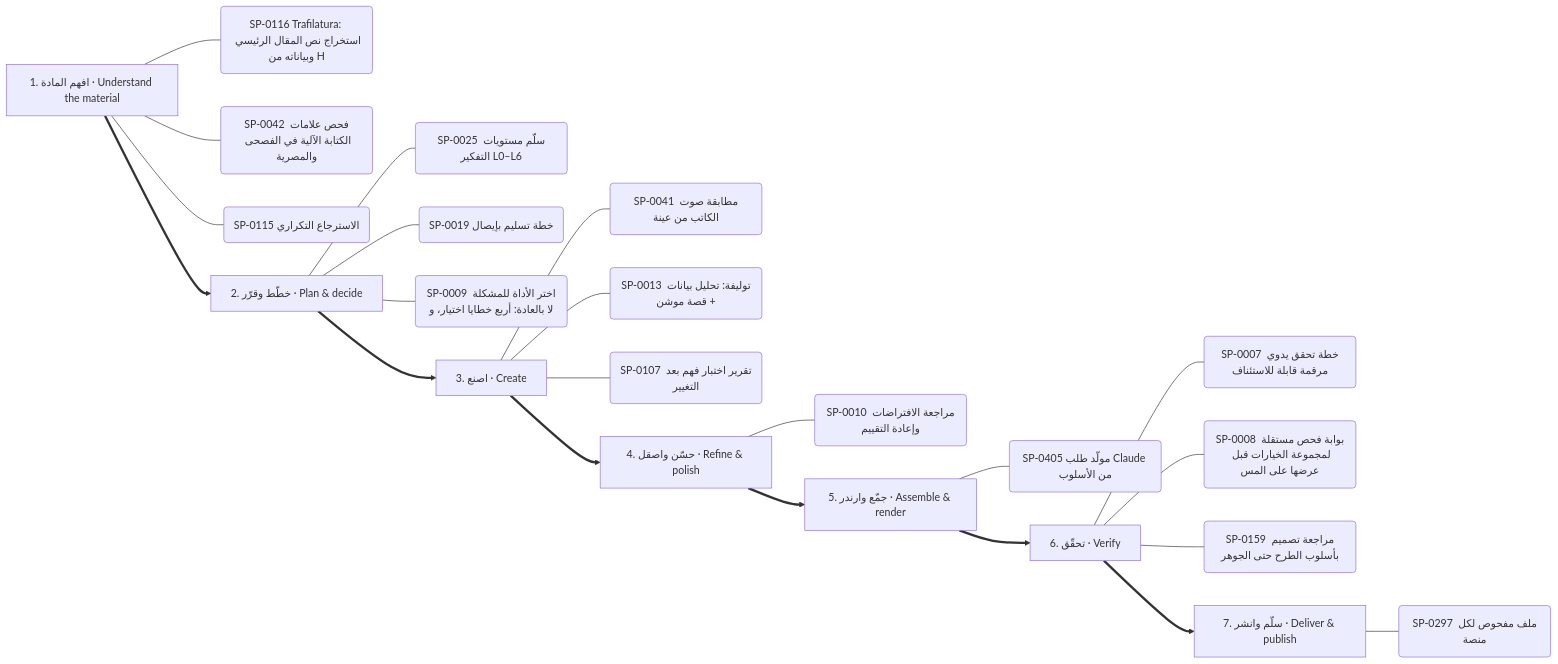
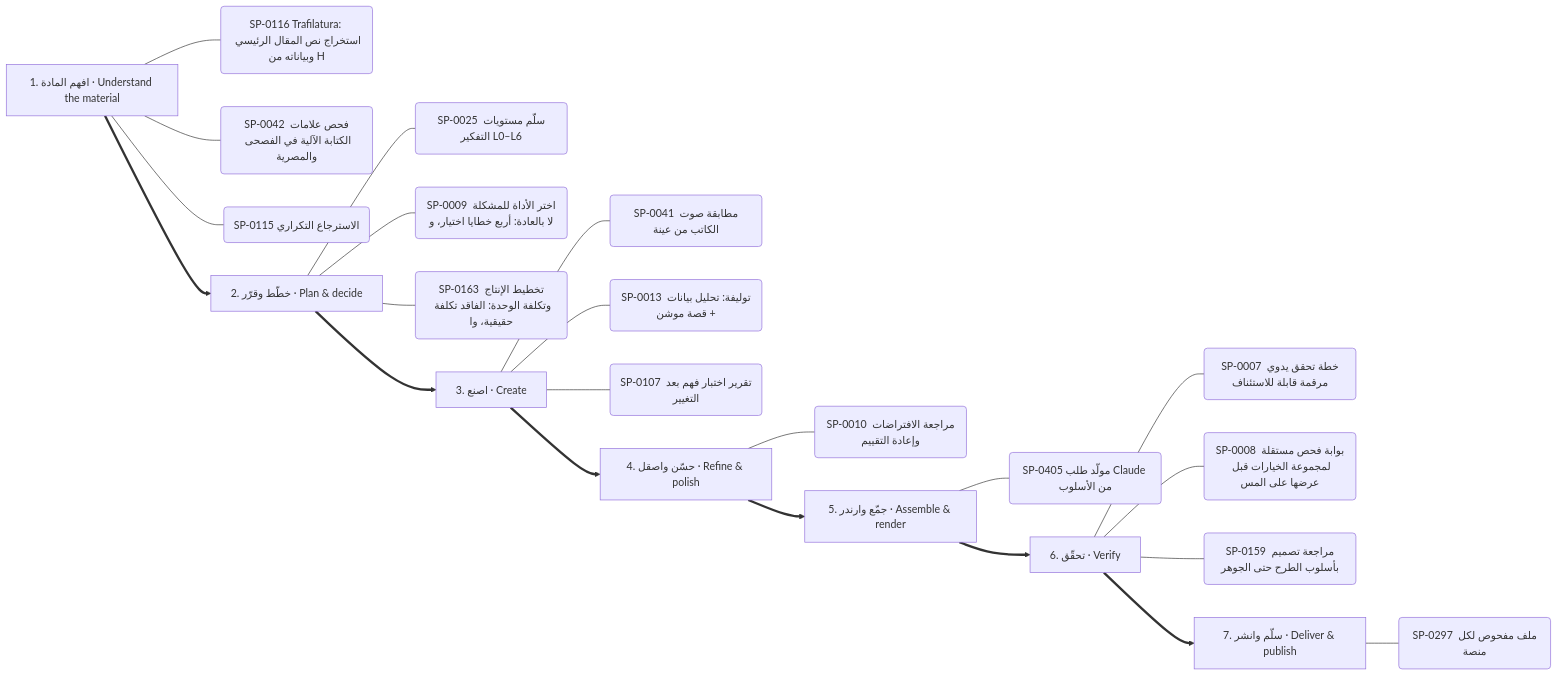
Before and after one commit to kosif199022-jpg/kosif-tool: diagram 13 of 13 in .claude/skills/kosif-superpowers/references/capability-mindmap.md, drawn with Mermaid. The commit also changed other lines of this file and 36 other files, not shown here.

````diff
--- a/.claude/skills/kosif-superpowers/references/capability-mindmap.md
+++ b/.claude/skills/kosif-superpowers/references/capability-mindmap.md
@@ -648,31 +648,31 @@
 ```mermaid
 flowchart LR
   S0["1. افهم المادة · Understand the material"]
   S0 --- S0_0("SP-0116 Trafilatura: استخراج نص المقال الرئيسي وبياناته من H")
   S0 --- S0_1("SP-0042 فحص علامات الكتابة الآلية في الفصحى والمصرية")
   S0 --- S0_2("SP-0115 الاسترجاع التكراري")
   S1["2. خطّط وقرّر · Plan & decide"]
   S1 --- S1_0("SP-0025 سلّم مستويات التفكير L0–L6")
-  S1 --- S1_1("SP-0019 خطة تسليم بإيصال")
-  S1 --- S1_2("SP-0009 اختر الأداة للمشكلة لا بالعادة: أربع خطايا اختيار، و")
+  S1 --- S1_1("SP-0009 اختر الأداة للمشكلة لا بالعادة: أربع خطايا اختيار، و")
+  S1 --- S1_2("SP-0163 تخطيط الإنتاج وتكلفة الوحدة: الفاقد تكلفة حقيقية، وا")
   S0 ==> S1
   S2["3. اصنع · Create"]
   S2 --- S2_0("SP-0041 مطابقة صوت الكاتب من عينة")
   S2 --- S2_1("SP-0013 توليفة: تحليل بيانات + قصة موشن")
   S2 --- S2_2("SP-0107 تقرير اختبار فهم بعد التغيير")
   S1 ==> S2
   S3["4. حسّن واصقل · Refine & polish"]
   S3 --- S3_0("SP-0010 مراجعة الافتراضات وإعادة التقييم")
   S2 ==> S3
   S4["5. جمّع وارندر · Assemble & render"]
   S4 --- S4_0("SP-0405 مولّد طلب Claude من الأسلوب")
   S3 ==> S4
   S5["6. تحقّق · Verify"]
   S5 --- S5_0("SP-0007 خطة تحقق يدوي مرقمة قابلة للاستئناف")
   S5 --- S5_1("SP-0008 بوابة فحص مستقلة لمجموعة الخيارات قبل عرضها على المس")
   S5 --- S5_2("SP-0159 مراجعة تصميم بأسلوب الطرح حتى الجوهر")
   S4 ==> S5
   S6["7. سلّم وانشر · Deliver & publish"]
   S6 --- S6_0("SP-0297 ملف مفحوص لكل منصة")
   S5 ==> S6
 ```
````
